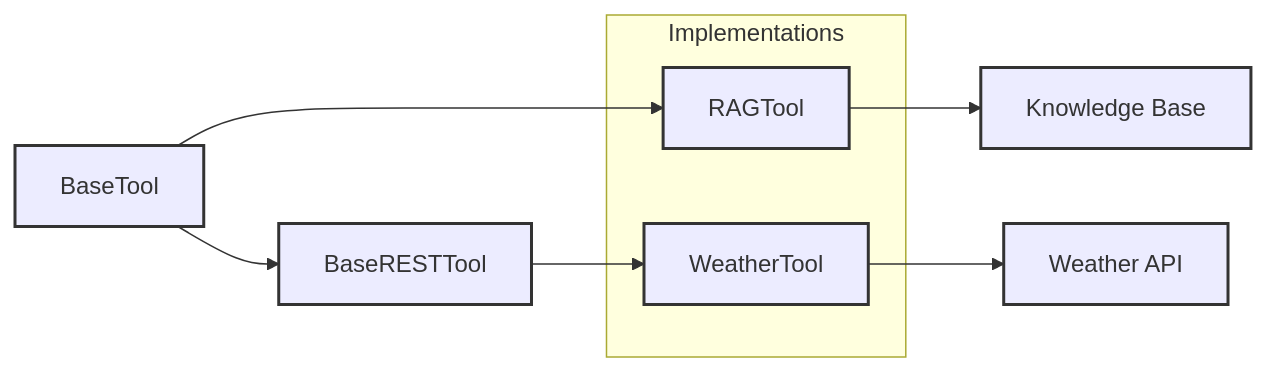
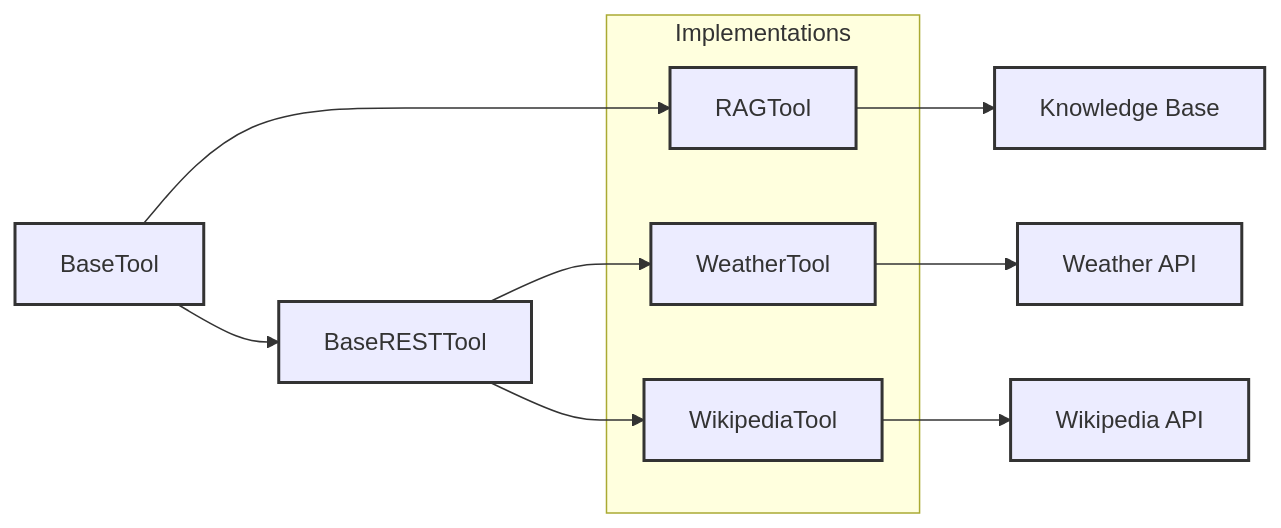
Before and after one commit to krab7191/flexo: the diagram in docs/reference/tools/implementations/index.md, drawn with Mermaid. The commit also changed other lines of this file and 47 other files, not shown here.

````diff
--- a/docs/reference/tools/implementations/index.md
+++ b/docs/reference/tools/implementations/index.md
@@ -9,21 +9,26 @@
 ```mermaid
 graph LR
     A[BaseTool] --> B[RAGTool]
     A --> F[BaseRESTTool]
     F --> C[WeatherTool]
+    F --> G[WikipediaTool]
     
     subgraph Implementations
         B
         C
+        G
     end
     
     B --> D[Knowledge Base]
     C --> E[Weather API]
+    G --> H[Wikipedia API]
     
     style A stroke:#333,stroke-width:2px
     style F stroke:#333,stroke-width:2px
     style B stroke:#333,stroke-width:2px
     style C stroke:#333,stroke-width:2px
     style D stroke:#333,stroke-width:2px
     style E stroke:#333,stroke-width:2px
+    style G stroke:#333,stroke-width:2px
+    style H stroke:#333,stroke-width:2px
 ```
````
